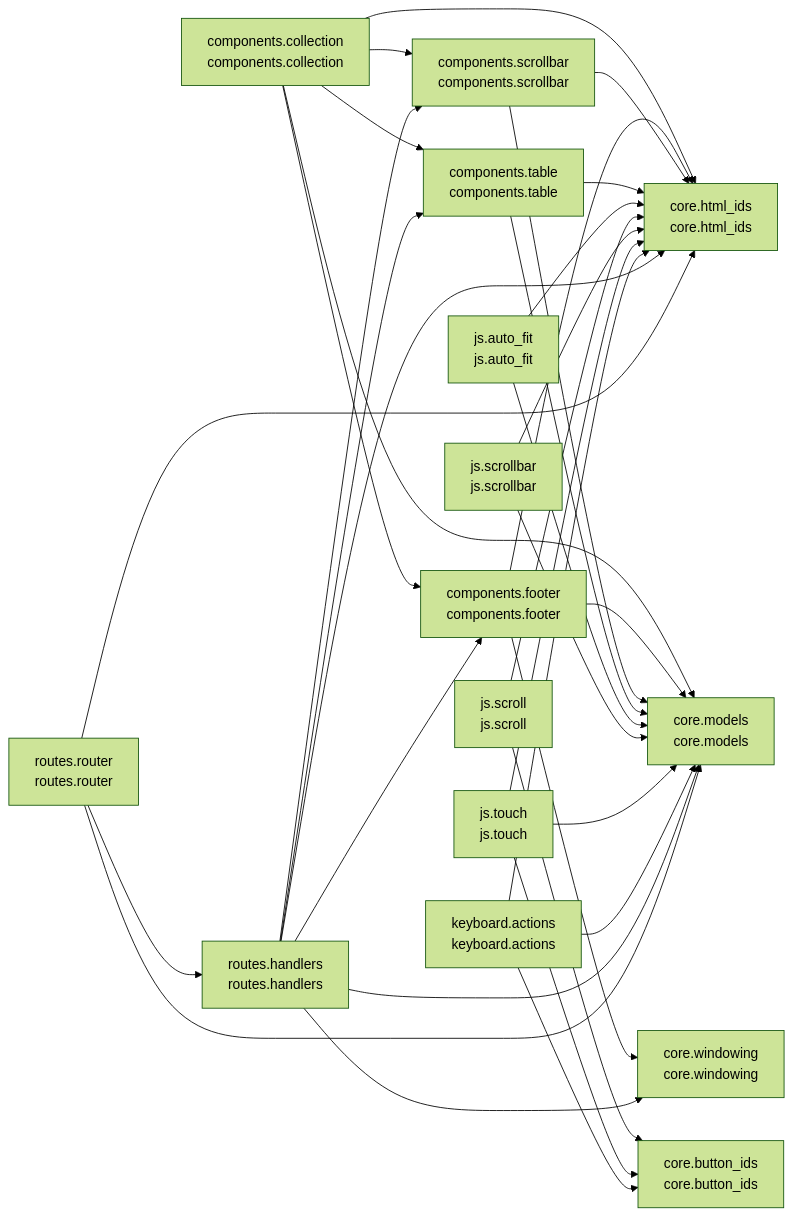
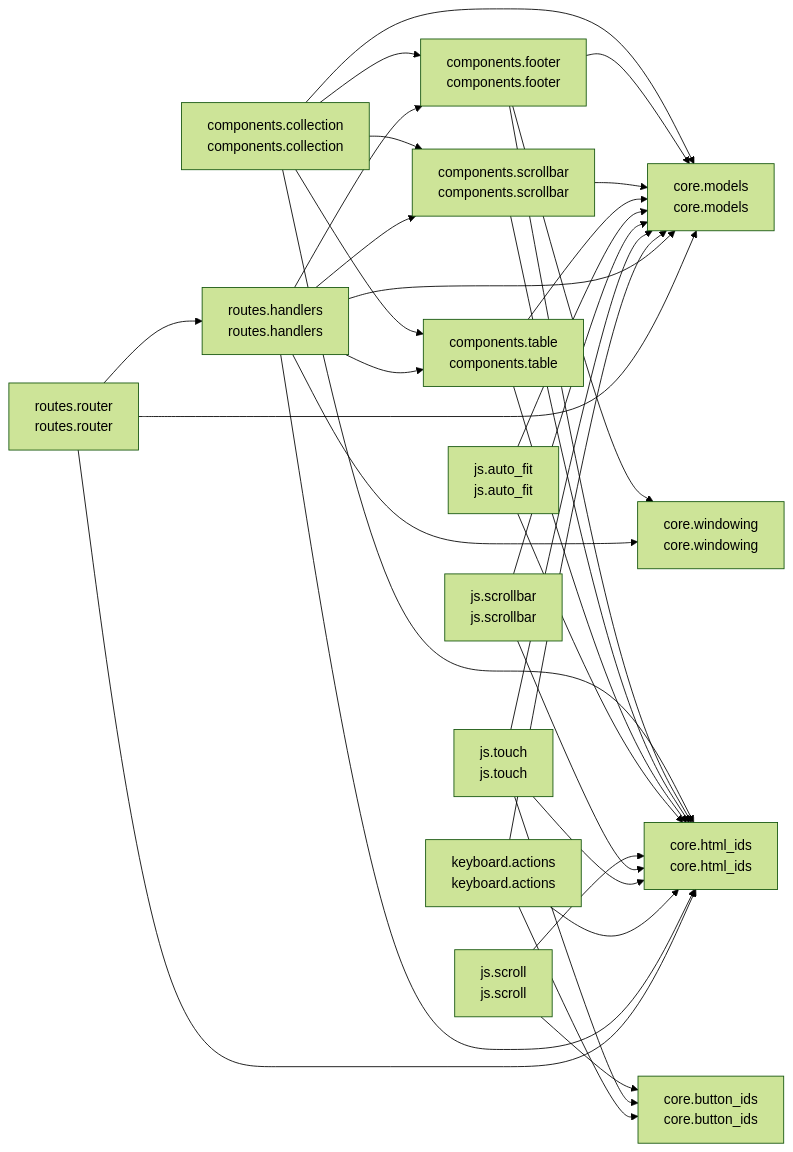
One commit to cj-mills/cjm-fasthtml-virtual-collection changed the diagram in README.md. Above: the diagram before and after it, drawn with Mermaid (forest theme). The commit also changed other lines of this file and 4 other files, not shown here.

````diff
--- a/README.md
+++ b/README.md
@@ -40,52 +40,52 @@
 ``` mermaid
 graph LR
     components_collection[components.collection<br/>components.collection]
     components_footer[components.footer<br/>components.footer]
     components_scrollbar[components.scrollbar<br/>components.scrollbar]
     components_table[components.table<br/>components.table]
     core_button_ids[core.button_ids<br/>core.button_ids]
     core_html_ids[core.html_ids<br/>core.html_ids]
     core_models[core.models<br/>core.models]
     core_windowing[core.windowing<br/>core.windowing]
     js_auto_fit[js.auto_fit<br/>js.auto_fit]
     js_scroll[js.scroll<br/>js.scroll]
     js_scrollbar[js.scrollbar<br/>js.scrollbar]
     js_touch[js.touch<br/>js.touch]
     keyboard_actions[keyboard.actions<br/>keyboard.actions]
     routes_handlers[routes.handlers<br/>routes.handlers]
     routes_router[routes.router<br/>routes.router]
 
     components_collection --> components_footer
-    components_collection --> core_models
     components_collection --> components_table
     components_collection --> components_scrollbar
+    components_collection --> core_models
     components_collection --> core_html_ids
-    components_footer --> core_html_ids
     components_footer --> core_models
     components_footer --> core_windowing
+    components_footer --> core_html_ids
     components_scrollbar --> core_models
     components_scrollbar --> core_html_ids
     components_table --> core_models
     components_table --> core_html_ids
     js_auto_fit --> core_models
     js_auto_fit --> core_html_ids
+    js_scroll --> core_button_ids
     js_scroll --> core_html_ids
-    js_scroll --> core_button_ids
+    js_scrollbar --> core_models
     js_scrollbar --> core_html_ids
-    js_scrollbar --> core_models
+    js_touch --> core_button_ids
+    js_touch --> core_models
     js_touch --> core_html_ids
-    js_touch --> core_models
-    js_touch --> core_button_ids
+    keyboard_actions --> core_button_ids
+    keyboard_actions --> core_models
     keyboard_actions --> core_html_ids
-    keyboard_actions --> core_models
-    keyboard_actions --> core_button_ids
     routes_handlers --> components_footer
+    routes_handlers --> components_table
+    routes_handlers --> components_scrollbar
+    routes_handlers --> core_windowing
     routes_handlers --> core_models
-    routes_handlers --> components_table
-    routes_handlers --> core_windowing
-    routes_handlers --> components_scrollbar
     routes_handlers --> core_html_ids
     routes_router --> routes_handlers
     routes_router --> core_models
     routes_router --> core_html_ids
 ```
````
